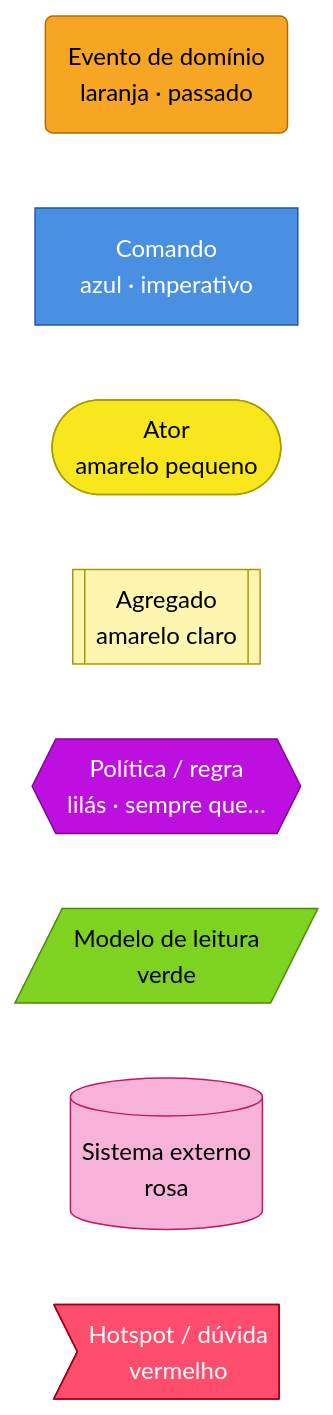
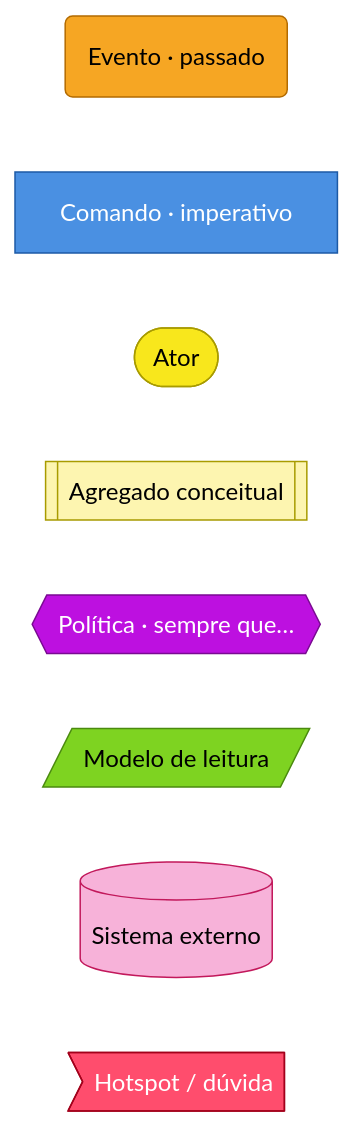
The first of 6 diagrams in docs/ddd/event-storming.md (HermandoThiago/FIAP-SOAT), drawn with Mermaid (neutral theme) before and after one commit. The commit also changed other lines of this file and 263 other files, not shown here.

````diff
--- a/docs/ddd/event-storming.md
+++ b/docs/ddd/event-storming.md
@@ -11,19 +13,19 @@
 ```mermaid
 flowchart LR
     classDef evento fill:#f6a623,stroke:#b36b00,color:#000
     classDef comando fill:#4a90e2,stroke:#1c5aa6,color:#fff
     classDef ator fill:#f8e71c,stroke:#a89b00,color:#000
     classDef agregado fill:#fdf5b0,stroke:#a89b00,color:#000
     classDef politica fill:#bd10e0,stroke:#7a0a92,color:#fff
     classDef leitura fill:#7ed321,stroke:#4a8a0e,color:#000
     classDef externo fill:#f7b2d9,stroke:#c2185b,color:#000
     classDef hotspot fill:#ff4d6d,stroke:#a3001b,color:#fff
-    L1(Evento de domínio<br/>laranja · passado):::evento
-    L2[Comando<br/>azul · imperativo]:::comando
-    L3([Ator<br/>amarelo pequeno]):::ator
-    L4[[Agregado<br/>amarelo claro]]:::agregado
-    L5{{Política / regra<br/>lilás · sempre que…}}:::politica
-    L6[/Modelo de leitura<br/>verde/]:::leitura
-    L7[(Sistema externo<br/>rosa)]:::externo
-    L8>Hotspot / dúvida<br/>vermelho]:::hotspot
+    L1(Evento · passado):::evento
+    L2[Comando · imperativo]:::comando
+    L3([Ator]):::ator
+    L4[[Agregado conceitual]]:::agregado
+    L5{{Política · sempre que…}}:::politica
+    L6[/Modelo de leitura/]:::leitura
+    L7[(Sistema externo)]:::externo
+    L8>Hotspot / dúvida]:::hotspot
 ```
````
